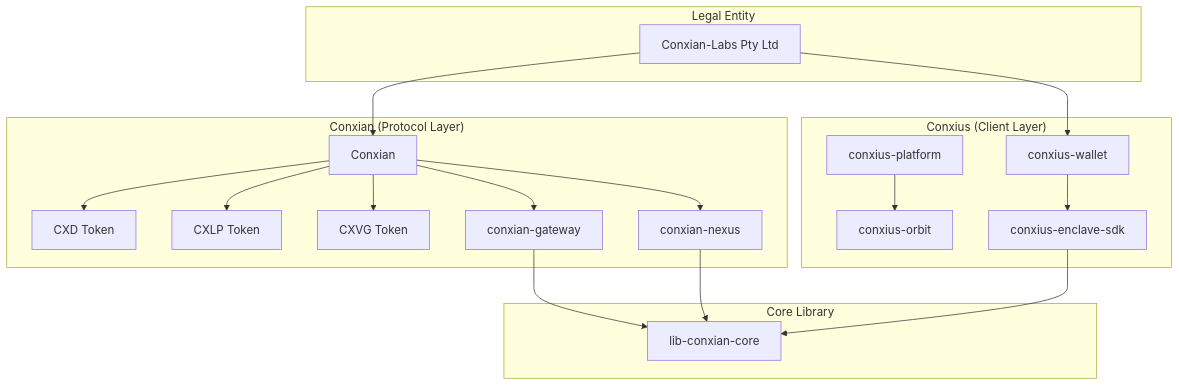
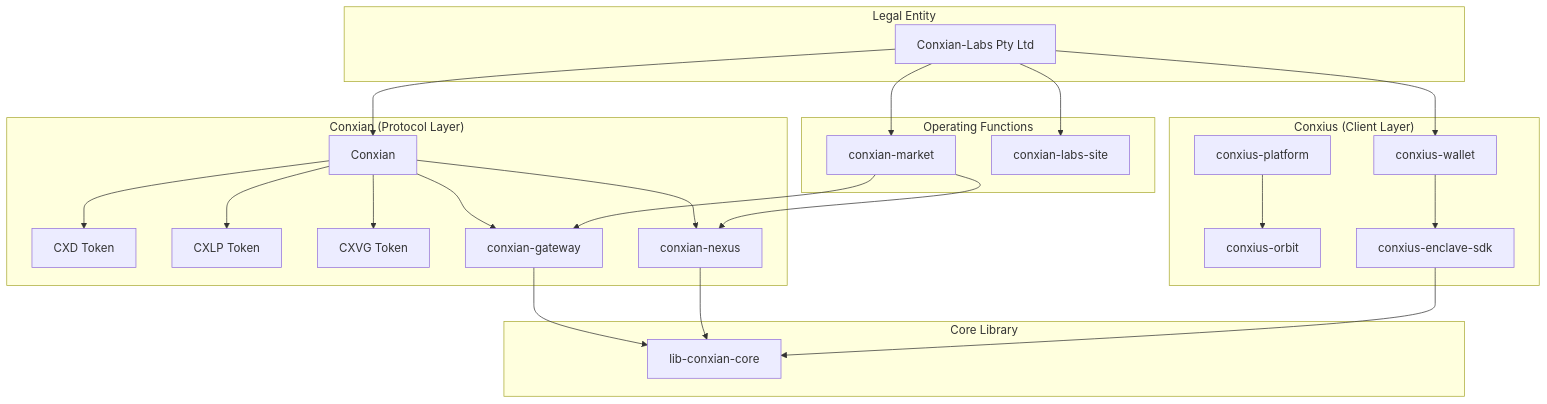
The second of 2 diagrams in BOS_KNOWLEDGE_GRAPH.md (Conxian/conxian-business), drawn with Mermaid before and after one commit. The commit also changed other lines of this file and 38 other files, not shown here.

````diff
--- a/BOS_KNOWLEDGE_GRAPH.md
+++ b/BOS_KNOWLEDGE_GRAPH.md
@@ -147,43 +148,52 @@
 ```mermaid
 graph TB
     subgraph "Legal Entity"
         CL[Conxian-Labs Pty Ltd]
     end
-    
+
     subgraph "Conxian (Protocol Layer)"
         CNX[Conxian]
         CXD[CXD Token]
         CXLP[CXLP Token]
         CXVG[CXVG Token]
         NEXUS[conxian-nexus]
         GATEWAY[conxian-gateway]
     end
-    
+
     subgraph "Conxius (Client Layer)"
         WALLET[conxius-wallet]
         PLATFORM[conxius-platform]
         ORBIT[conxius-orbit]
         ENCLAVE[conxius-enclave-sdk]
     end
-    
+
     subgraph "Core Library"
         CORE[lib-conxian-core]
     end
-    
+
+    subgraph "Operating Functions"
+        MARKET[conxian-market]
+        SITE[conxian-labs-site]
+    end
+
     CL --> CNX
     CL --> WALLET
-    
+    CL --> MARKET
+    CL --> SITE
+
     CNX --> CXD
     CNX --> CXLP
     CNX --> CXVG
-    
+
     CNX --> GATEWAY
     CNX --> NEXUS
-    
+
     GATEWAY --> CORE
     NEXUS --> CORE
     ENCLAVE --> CORE
-    
+    MARKET --> GATEWAY
+    MARKET --> NEXUS
+
     WALLET --> ENCLAVE
     PLATFORM --> ORBIT
 ```
````
